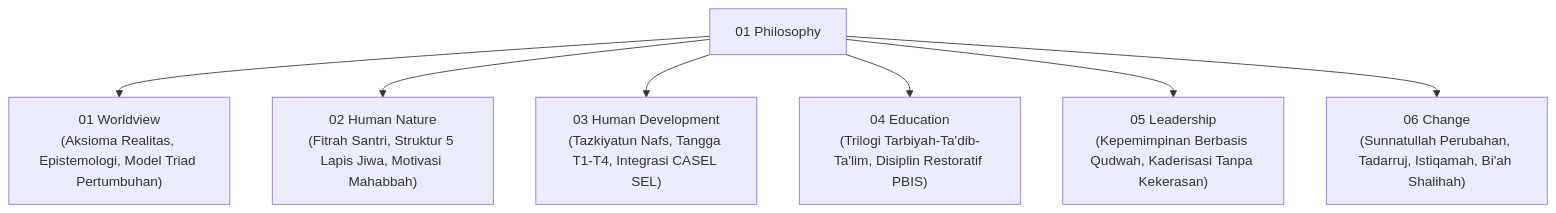
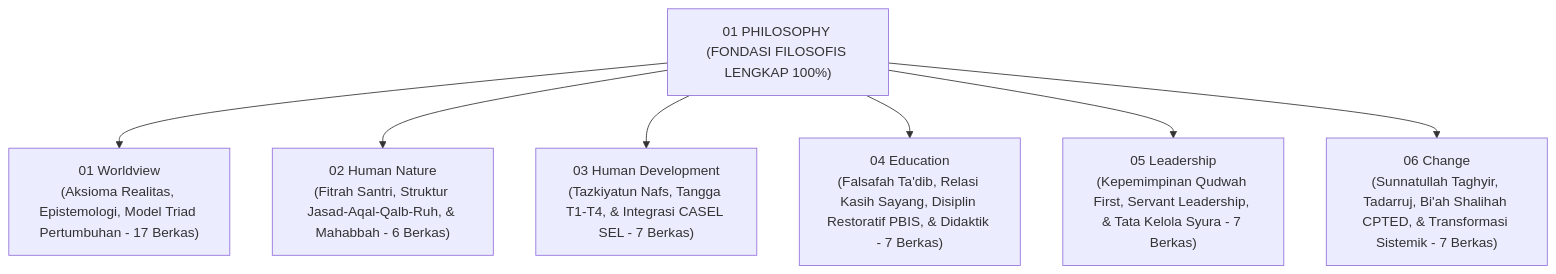
One commit to wandiapriliyandi/tumbuh changed the diagram in 01 Philosophy/README.md. Above: the diagram before and after it, drawn with Mermaid. The commit also changed other lines of this file and 31 other files, not shown here.

````diff
--- a/01 Philosophy/README.md
+++ b/01 Philosophy/README.md
@@ -9,10 +9,10 @@
 ```mermaid
 graph TD
-    P1["01 Philosophy"]
-    P1 --> D1["01 Worldview<br/>(Aksioma Realitas, Epistemologi, Model Triad Pertumbuhan)"]
-    P1 --> D2["02 Human Nature<br/>(Fitrah Santri, Struktur 5 Lapis Jiwa, Motivasi Mahabbah)"]
-    P1 --> D3["03 Human Development<br/>(Tazkiyatun Nafs, Tangga T1-T4, Integrasi CASEL SEL)"]
-    P1 --> D4["04 Education<br/>(Trilogi Tarbiyah-Ta'dib-Ta'lim, Disiplin Restoratif PBIS)"]
-    P1 --> D5["05 Leadership<br/>(Kepemimpinan Berbasis Qudwah, Kaderisasi Tanpa Kekerasan)"]
-    P1 --> D6["06 Change<br/>(Sunnatullah Perubahan, Tadarruj, Istiqamah, Bi'ah Shalihah)"]
+    P1["01 PHILOSOPHY (FONDASI FILOSOFIS LENGKAP 100%)"]
+    P1 --> D1["01 Worldview<br/>(Aksioma Realitas, Epistemologi, Model Triad Pertumbuhan - 17 Berkas)"]
+    P1 --> D2["02 Human Nature<br/>(Fitrah Santri, Struktur Jasad-Aqal-Qalb-Ruh, & Mahabbah - 6 Berkas)"]
+    P1 --> D3["03 Human Development<br/>(Tazkiyatun Nafs, Tangga T1-T4, & Integrasi CASEL SEL - 7 Berkas)"]
+    P1 --> D4["04 Education<br/>(Falsafah Ta'dib, Relasi Kasih Sayang, Disiplin Restoratif PBIS, & Didaktik - 7 Berkas)"]
+    P1 --> D5["05 Leadership<br/>(Kepemimpinan Qudwah First, Servant Leadership, & Tata Kelola Syura - 7 Berkas)"]
+    P1 --> D6["06 Change<br/>(Sunnatullah Taghyir, Tadarruj, Bi'ah Shalihah CPTED, & Transformasi Sistemik - 7 Berkas)"]
 ```
````
